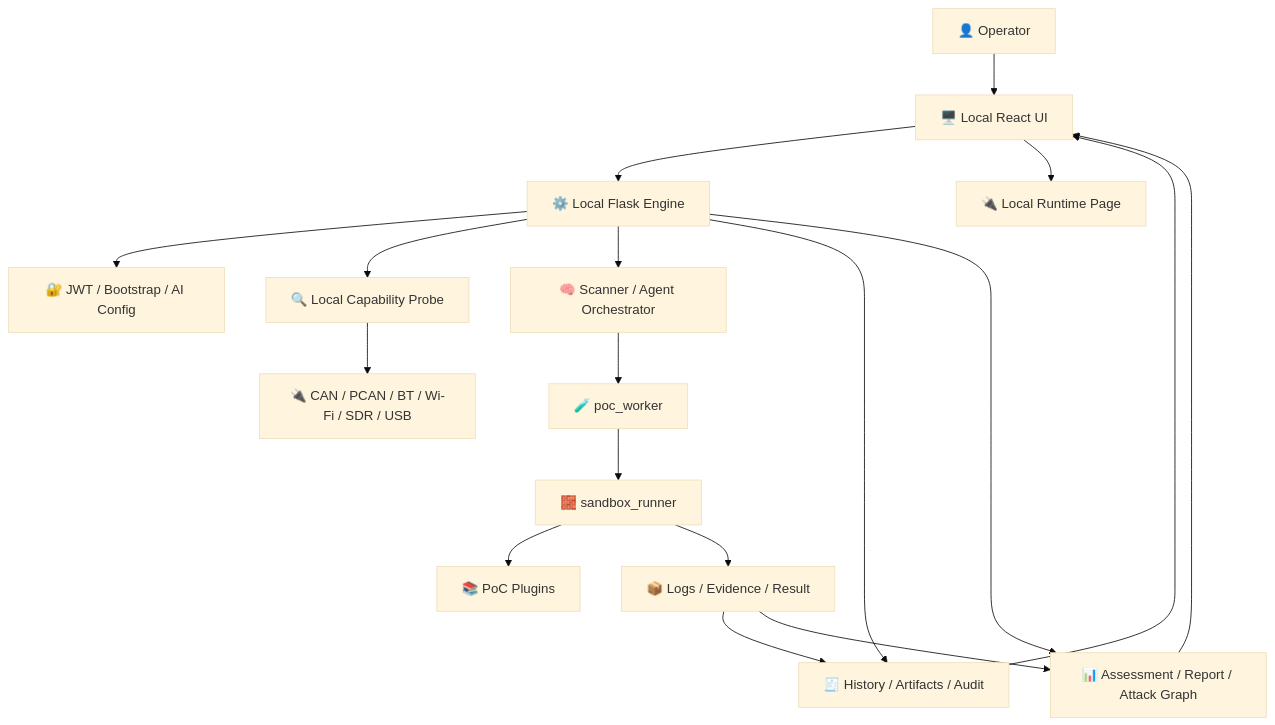
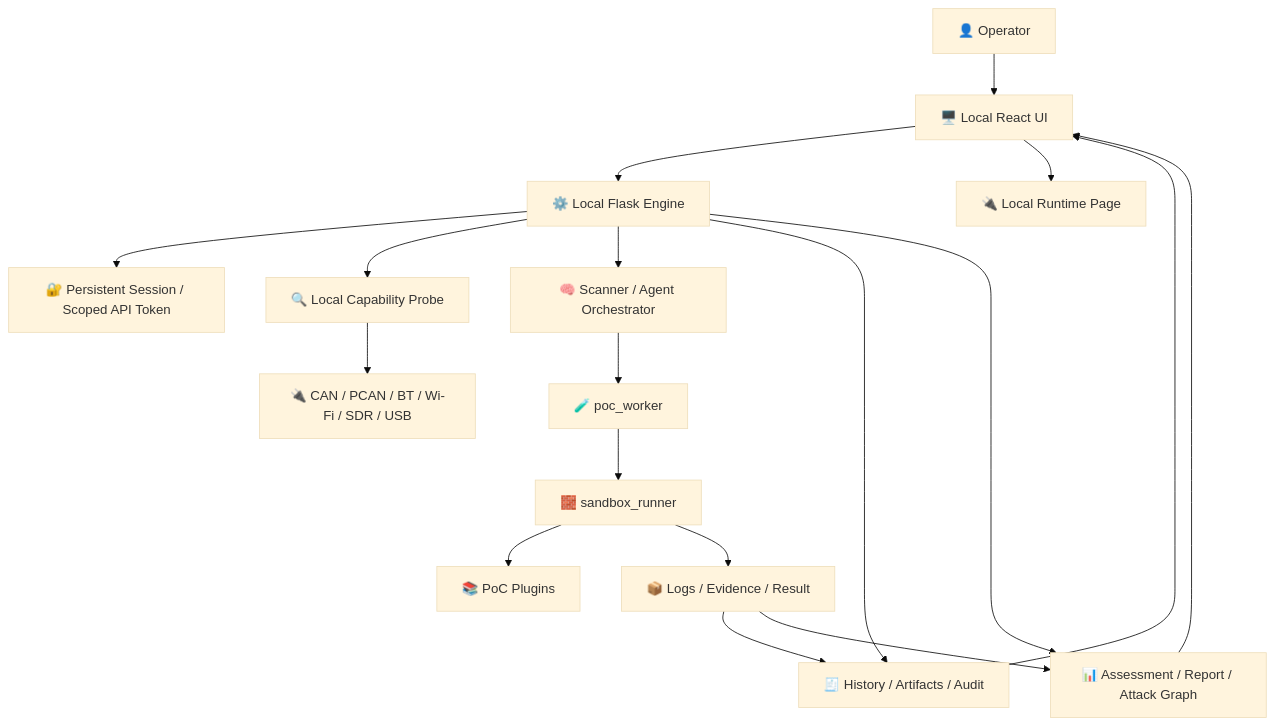
The diagram in README.md (l977489615-spec/Autosec_guard), drawn with Mermaid (base theme) before and after one commit. The commit also changed other lines of this file and 180 other files, not shown here.

````diff
--- a/README.md
+++ b/README.md
@@ -128,24 +128,24 @@
 ```mermaid
 flowchart TD
     U[👤 Operator] --> FE[🖥️ Local React UI]
     FE --> API[⚙️ Local Flask Engine]
     FE --> LR[🔌 Local Runtime Page]
 
-    API --> AUTH[🔐 JWT / Bootstrap / AI Config]
+    API --> AUTH[🔐 Persistent Session / Scoped API Token]
     API --> CAPP[🔍 Local Capability Probe]
     API --> ORCH[🧠 Scanner / Agent Orchestrator]
     API --> AUDIT[🧾 History / Artifacts / Audit]
     API --> REPORT[📊 Assessment / Report / Attack Graph]
 
     CAPP --> HW[🔌 CAN / PCAN / BT / Wi-Fi / SDR / USB]
 
     ORCH --> WORKER[🧪 poc_worker]
     WORKER --> SANDBOX[🧱 sandbox_runner]
     SANDBOX --> POCS[📚 PoC Plugins]
 
     SANDBOX --> RESULT[📦 Logs / Evidence / Result]
     RESULT --> AUDIT
     RESULT --> REPORT
     REPORT --> FE
     AUDIT --> FE
 ```
````
